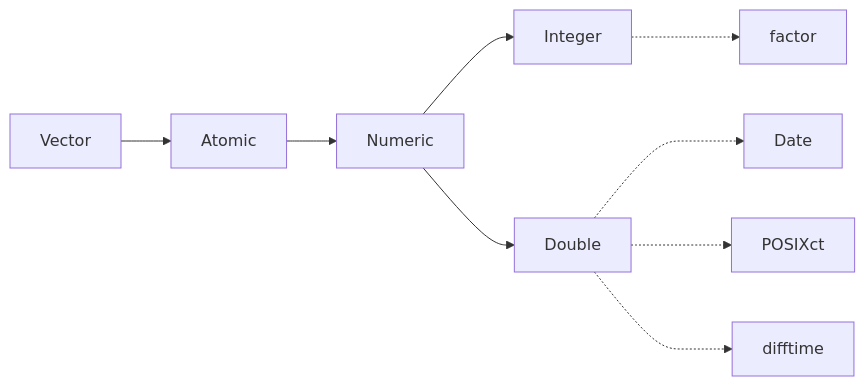
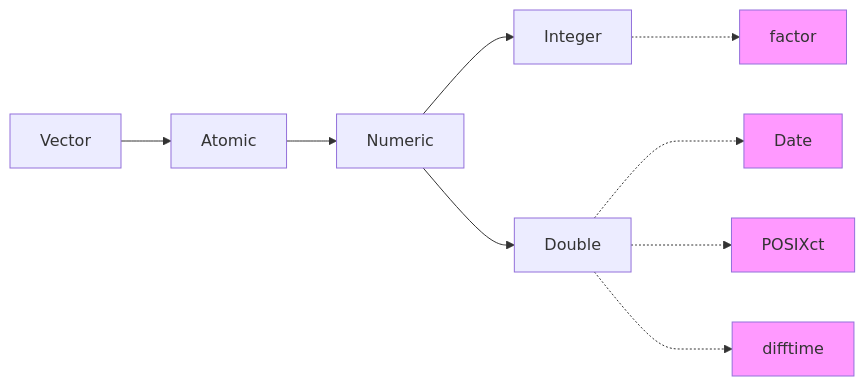
One commit to giorgiacek/advanced_R changed the third of 4 diagrams in 03_vectors_notes.qmd. Above: the diagram before and after it, drawn with Mermaid. The commit also changed other lines of this file and 4 other files, not shown here.

````diff
--- a/03_vectors_notes.qmd
+++ b/03_vectors_notes.qmd
@@ -226,11 +238,16 @@
 ```{mermaid}
 flowchart LR
   Vector --> Atomic
   Atomic --> Numeric
   Numeric --> Integer
   Integer -..-> factor
   Numeric --> Double
   Double -..-> Date
   Double -..-> POSIXct
   Double -..-> difftime
+  
+  style factor fill:#f9f
+  style Date fill:#f9f
+  style difftime fill:#f9f
+  style POSIXct fill:#f9f
 ```
````
